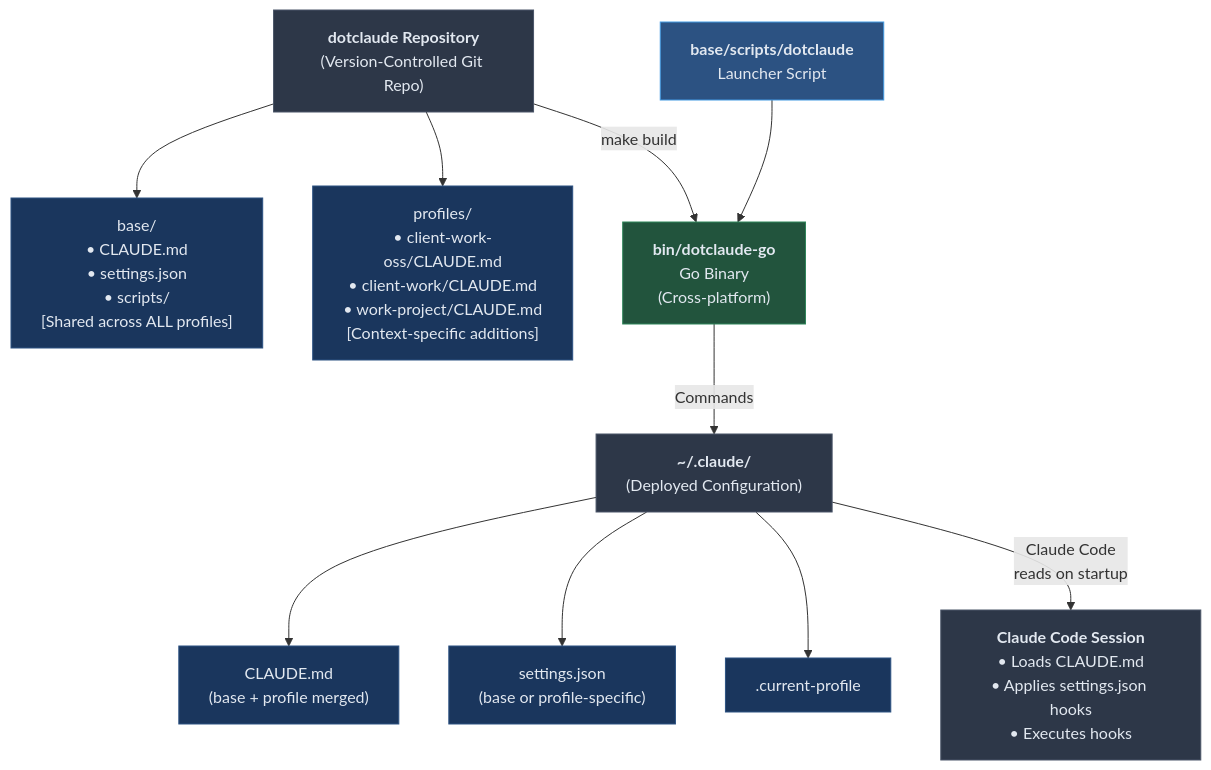
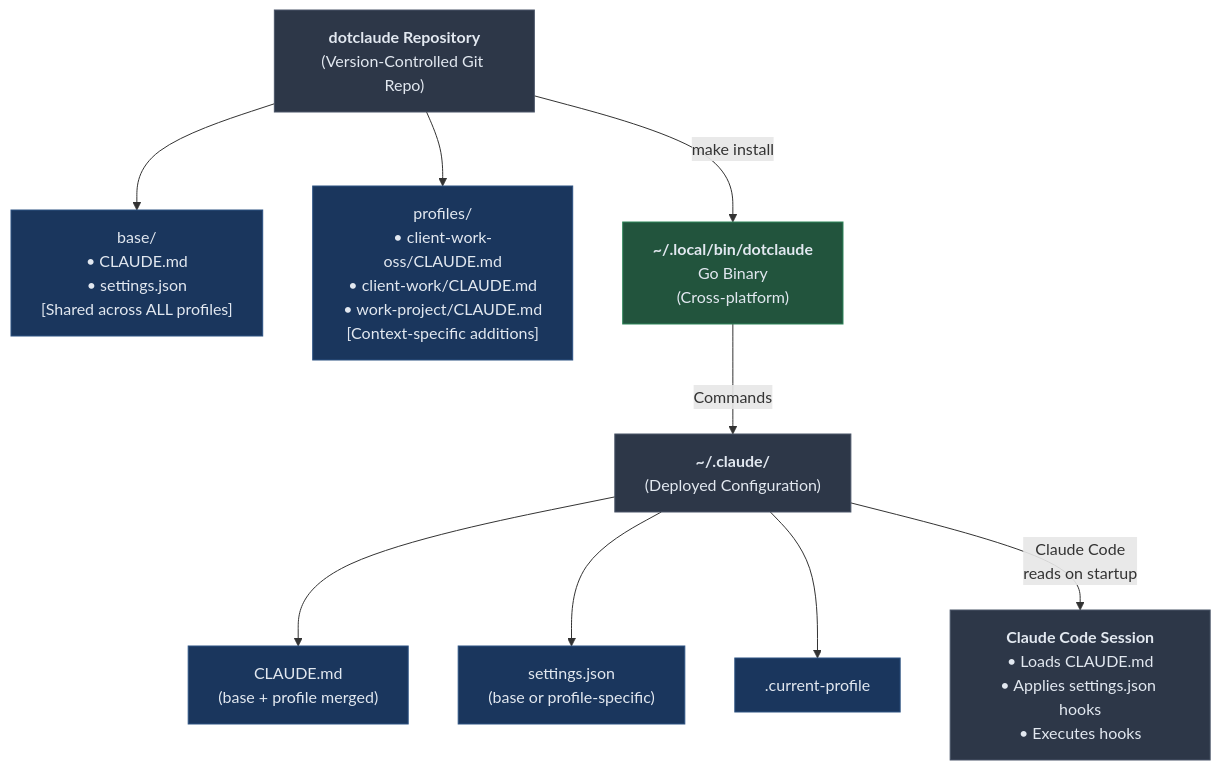
Before and after one commit to blackwell-systems/dotclaude: the first of 5 diagrams in docs/ARCHITECTURE.md, drawn with Mermaid. The commit also changed 5 other files, not shown here.

First line of the commit message:
refactor: Remove wrapper, install binary directly

````diff
--- a/docs/ARCHITECTURE.md
+++ b/docs/ARCHITECTURE.md
@@ -9,37 +9,34 @@
 ```mermaid
 flowchart TB
     repo["<b>dotclaude Repository</b><br/>(Version-Controlled Git Repo)"]
-    base["base/<br/>• CLAUDE.md<br/>• settings.json<br/>• scripts/<br/>[Shared across ALL profiles]"]
+    base["base/<br/>• CLAUDE.md<br/>• settings.json<br/>[Shared across ALL profiles]"]
     profiles["profiles/<br/>• client-work-oss/CLAUDE.md<br/>• client-work/CLAUDE.md<br/>• work-project/CLAUDE.md<br/>[Context-specific additions]"]
 
-    wrapper["<b>base/scripts/dotclaude</b><br/>Launcher Script"]
-    go_binary["<b>bin/dotclaude-go</b><br/>Go Binary<br/>(Cross-platform)"]
+    go_binary["<b>~/.local/bin/dotclaude</b><br/>Go Binary<br/>(Cross-platform)"]
 
     claude_dir["<b>~/.claude/</b><br/>(Deployed Configuration)"]
     merged_claude["CLAUDE.md<br/>(base + profile merged)"]
     deployed_settings["settings.json<br/>(base or profile-specific)"]
     current_profile[".current-profile"]
 
     session["<b>Claude Code Session</b><br/>• Loads CLAUDE.md<br/>• Applies settings.json hooks<br/>• Executes hooks"]
 
     repo --> base
     repo --> profiles
-    repo -->|"make build"| go_binary
-    wrapper --> go_binary
+    repo -->|"make install"| go_binary
     go_binary -->|"Commands"| claude_dir
     claude_dir --> merged_claude
     claude_dir --> deployed_settings
     claude_dir --> current_profile
     claude_dir -->|"Claude Code<br/>reads on startup"| session
 
     style repo fill:#2d3748,stroke:#4a5568,color:#e2e8f0
     style base fill:#1a365d,stroke:#2c5282,color:#e2e8f0
     style profiles fill:#1a365d,stroke:#2c5282,color:#e2e8f0
-    style wrapper fill:#2c5282,stroke:#4299e1,color:#e2e8f0
     style go_binary fill:#22543d,stroke:#2f855a,color:#e2e8f0
     style claude_dir fill:#2d3748,stroke:#4a5568,color:#e2e8f0
     style merged_claude fill:#1a365d,stroke:#2c5282,color:#e2e8f0
     style deployed_settings fill:#1a365d,stroke:#2c5282,color:#e2e8f0
     style current_profile fill:#1a365d,stroke:#2c5282,color:#e2e8f0
     style session fill:#2d3748,stroke:#4a5568,color:#e2e8f0
 ```
````
